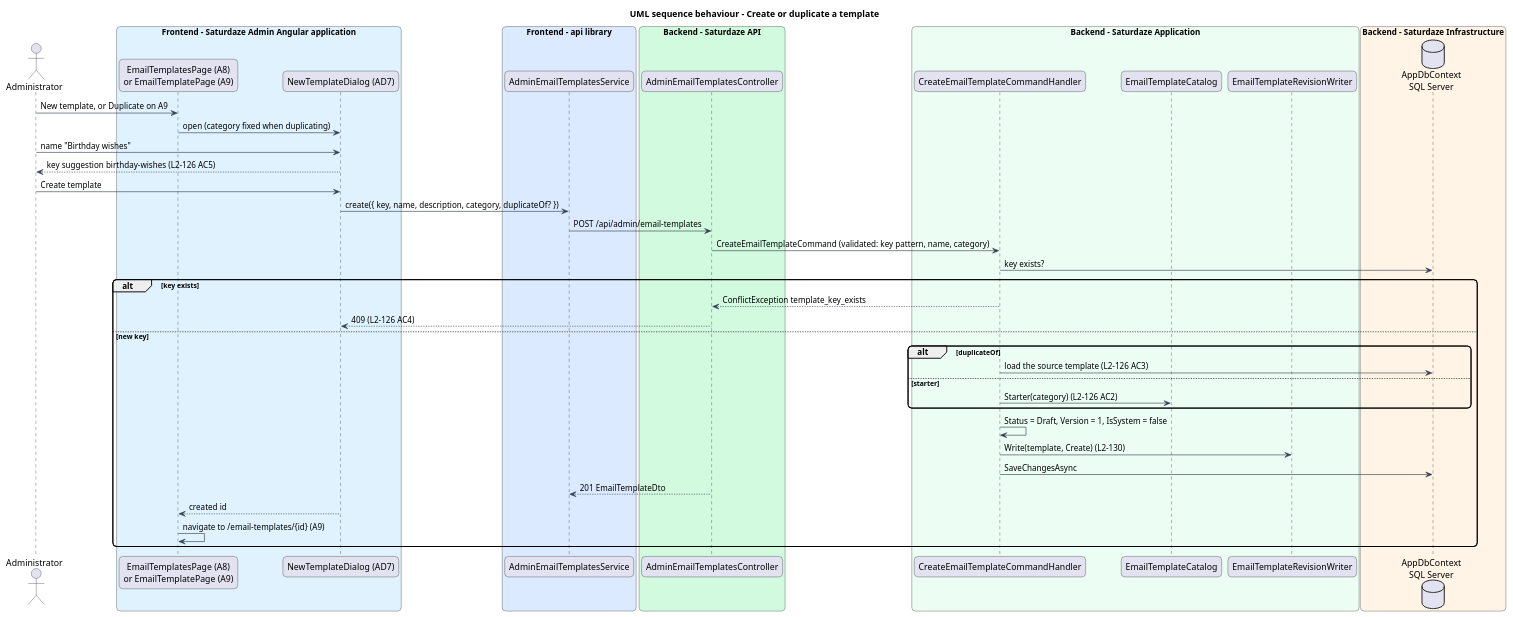
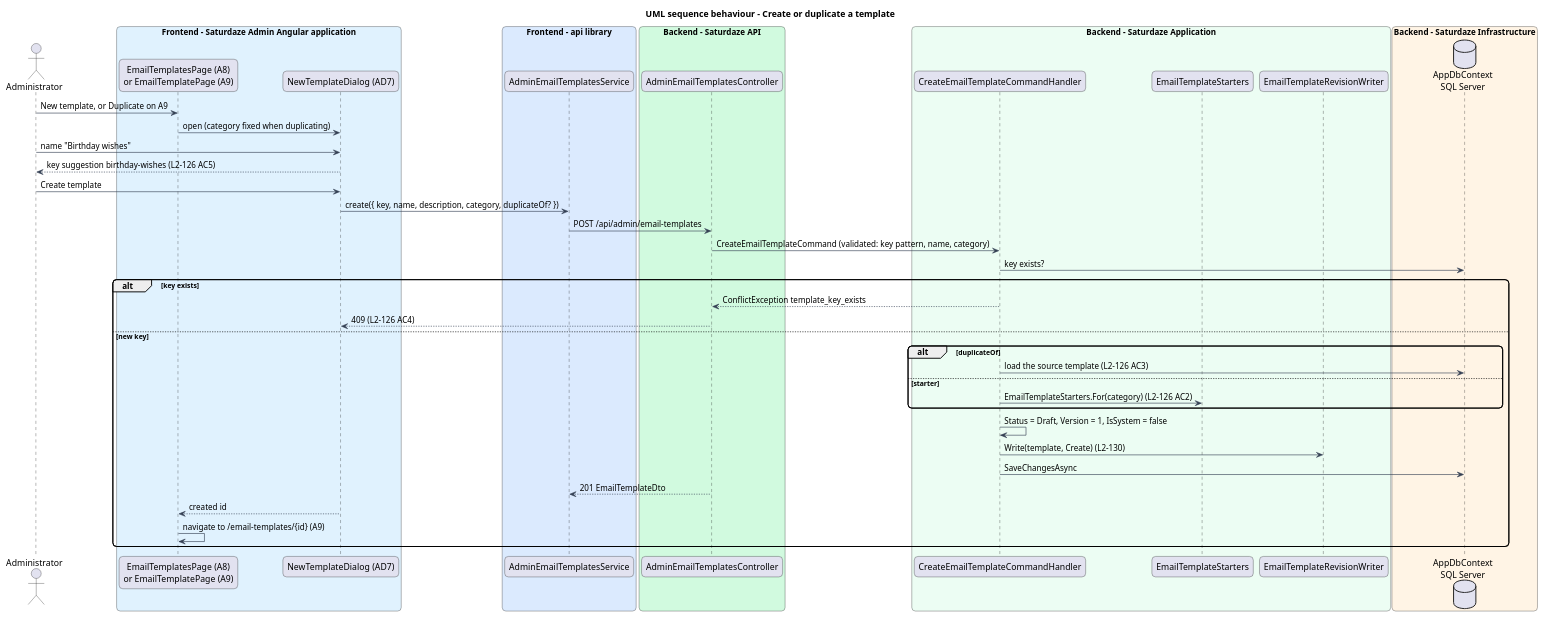
The diagram in docs/detailed-designs/administration/manage-email-templates/diagrams/sequence-create.puml (QuinntyneBrown/saturdaze), drawn with PlantUML before and after one commit. The commit also changed 6 other files, not shown here.

First line of the commit message:
Align the email template design with what was built

```diff
--- a/docs/detailed-designs/administration/manage-email-templates/diagrams/sequence-create.puml
+++ b/docs/detailed-designs/administration/manage-email-templates/diagrams/sequence-create.puml
@@ -1,52 +1,52 @@
 @startuml
 title UML sequence behaviour - Create or duplicate a template
 skinparam backgroundColor #FFFFFF
 skinparam shadowing false
 skinparam roundcorner 12
 skinparam defaultFontName Arial
 skinparam ArrowColor #344054
 actor "Administrator" as actor
 box "Frontend - Saturdaze Admin Angular application" #E0F2FE
  participant "EmailTemplatesPage (A8)\nor EmailTemplatePage (A9)" as page
  participant "NewTemplateDialog (AD7)" as dialog
 end box
 box "Frontend - api library" #DBEAFE
  participant "AdminEmailTemplatesService" as client
 end box
 box "Backend - Saturdaze API" #D1FADF
  participant "AdminEmailTemplatesController" as controller
 end box
 box "Backend - Saturdaze Application" #ECFDF3
  participant "CreateEmailTemplateCommandHandler" as handler
- participant "EmailTemplateCatalog" as catalog
+ participant "EmailTemplateStarters" as catalog
  participant "EmailTemplateRevisionWriter" as revisions
 end box
 box "Backend - Saturdaze Infrastructure" #FFF4E5
  database "AppDbContext\nSQL Server" as db
 end box
 actor -> page : New template, or Duplicate on A9
 page -> dialog : open (category fixed when duplicating)
 actor -> dialog : name "Birthday wishes"
 dialog --> actor : key suggestion birthday-wishes (L2-126 AC5)
 actor -> dialog : Create template
 dialog -> client : create({ key, name, description, category, duplicateOf? })
 client -> controller : POST /api/admin/email-templates
 controller -> handler : CreateEmailTemplateCommand (validated: key pattern, name, category)
 handler -> db : key exists?
 alt key exists
   handler --> controller : ConflictException template_key_exists
   controller --> dialog : 409 (L2-126 AC4)
 else new key
   alt duplicateOf
     handler -> db : load the source template (L2-126 AC3)
   else starter
-    handler -> catalog : Starter(category) (L2-126 AC2)
+    handler -> catalog : EmailTemplateStarters.For(category) (L2-126 AC2)
   end
   handler -> handler : Status = Draft, Version = 1, IsSystem = false
   handler -> revisions : Write(template, Create) (L2-130)
   handler -> db : SaveChangesAsync
   controller --> client : 201 EmailTemplateDto
   dialog --> page : created id
   page -> page : navigate to /email-templates/{id} (A9)
 end
 @enduml
```
